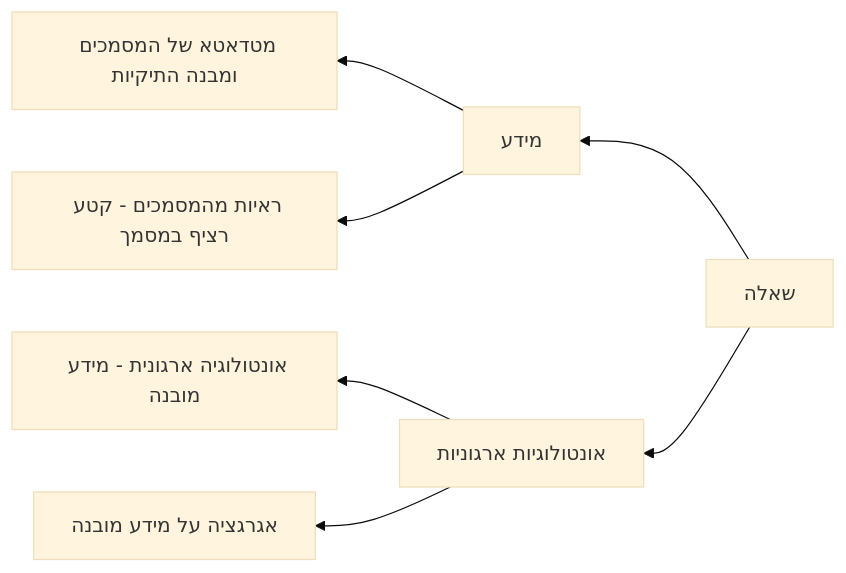
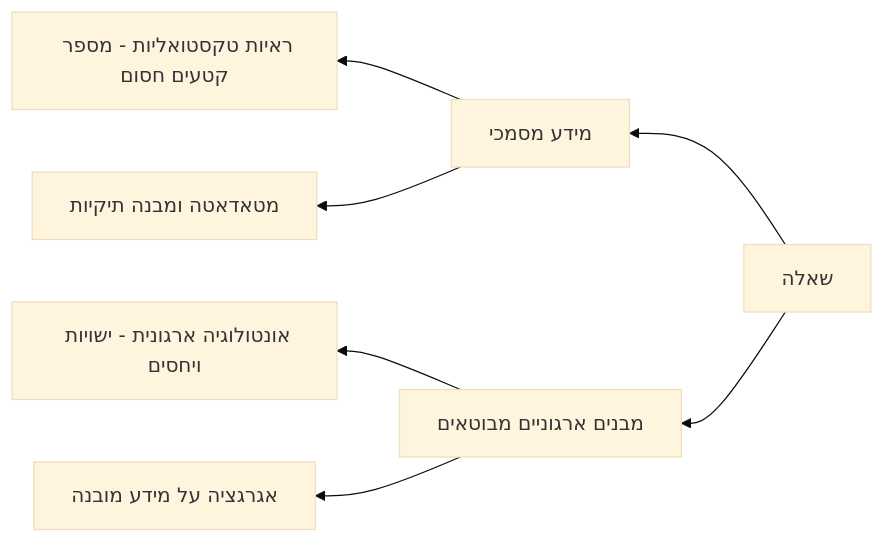
One commit to ReshefMaati/thesis-grounding-classes changed the diagram in Full.md. Above: the diagram before and after it, drawn with Mermaid (base theme). The commit also changed other lines of this file and 1 other file, not shown here.

````diff
--- a/Full.md
+++ b/Full.md
@@ -12,11 +31,11 @@
 ```mermaid
 graph RL
-שאלה --> מידע
-שאלה --> אונטולוגיות_ארגוניות[אונטולוגיות ארגוניות]
+שאלה --> מידע_מסמכי[מידע מסמכי]
+שאלה --> מבנים_ארגוניים[מבנים ארגוניים מבוטאים]
 
-מידע --> מטדאטא[מטדאטא של המסמכים ומבנה התיקיות]
-מידע --> ראיות[ראיות מהמסמכים - קטע רציף במסמך]
+מידע_מסמכי --> ראיות[ראיות טקסטואליות - מספר קטעים חסום]
+מידע_מסמכי --> מטדאטה[מטאדאטה ומבנה תיקיות]
 
-אונטולוגיות_ארגוניות --> אונטולוגיה[אונטולוגיה ארגונית - מידע מובנה]
-אונטולוגיות_ארגוניות --> אגרציה_על_אונטולוגיות[אגרגציה על מידע מובנה]
+מבנים_ארגוניים --> אונטולוגיה[אונטולוגיה ארגונית - ישויות ויחסים]
+מבנים_ארגוניים --> אגרגציה[אגרגציה על מידע מובנה]
 ```
````
